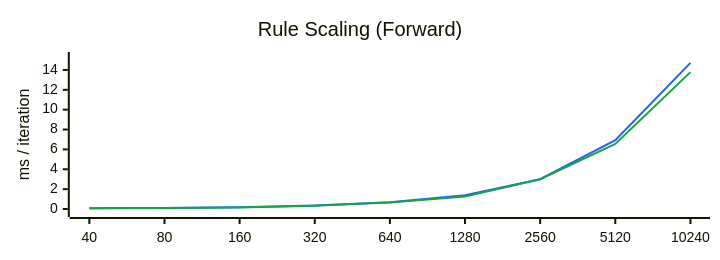
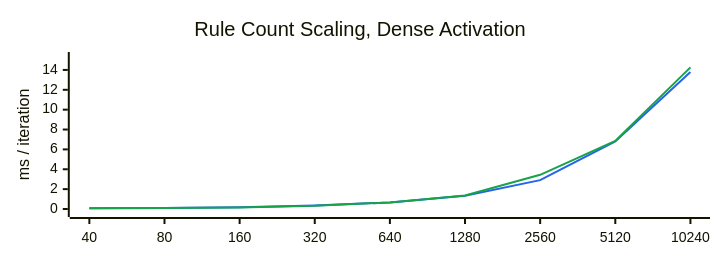
Before and after one commit to samatawy/rules: the second of 9 diagrams in src/help/performance.md, drawn with Mermaid. The commit also changed other lines of this file and 18 other files, not shown here.

````diff
--- a/src/help/performance.md
+++ b/src/help/performance.md
@@ -88,9 +88,9 @@
 ```mermaid
 %%{init: {'xyChart': {'height': 240}, 'themeVariables': {'xyChart': {'plotColorPalette': '#2563eb, #16a34a'}}}}%%
 xychart-beta
-    title "Rule Scaling (Forward)"
+    title "Rule Count Scaling, Dense Activation"
     x-axis [40, 80, 160, 320, 640, 1280, 2560, 5120, 10240]
     y-axis "ms / iteration" 0 --> 15
-    line [0.081, 0.107, 0.177, 0.354, 0.686, 1.393, 2.999, 6.92, 14.707]
-    line [0.08, 0.098, 0.162, 0.328, 0.664, 1.267, 2.993, 6.55, 13.78]
+    line [0.074, 0.1, 0.181, 0.348, 0.664, 1.337, 2.908, 6.801, 13.798]
+    line [0.083, 0.098, 0.163, 0.327, 0.663, 1.352, 3.442, 6.853, 14.261]
 ```
````
